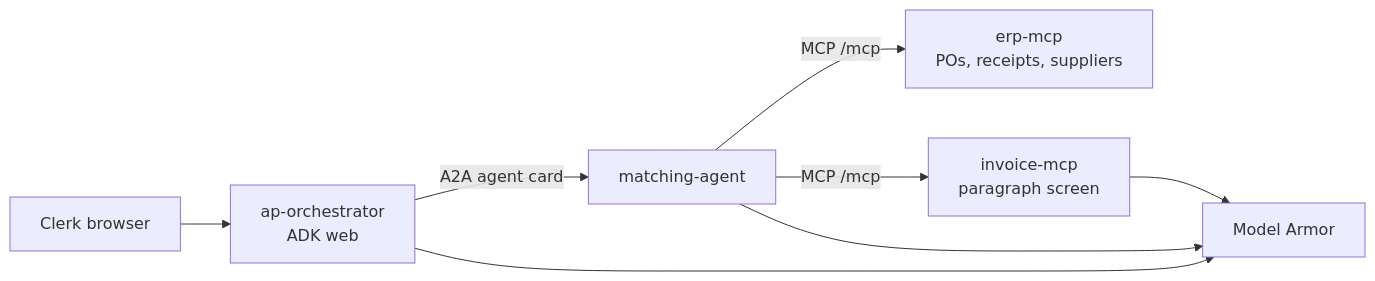
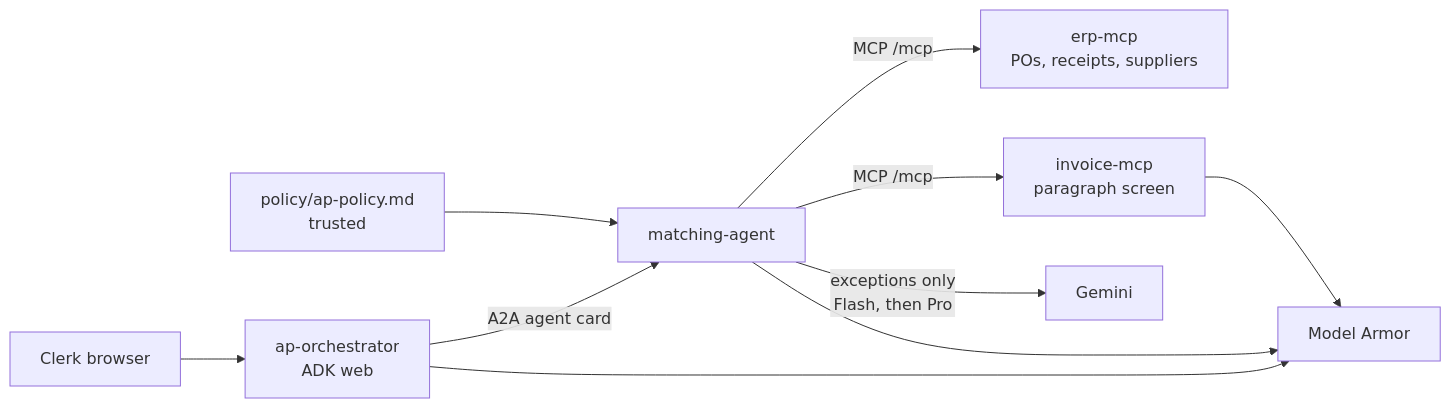
The diagram in README.md (Jefferson-Li/LedgerGuard), drawn with Mermaid before and after one commit. The commit also changed other lines of this file and 34 other files, not shown here.

````diff
--- a/README.md
+++ b/README.md
@@ -45,10 +48,12 @@
 ```mermaid
 flowchart LR
   clerk["Clerk browser"] --> orch["ap-orchestrator<br/>ADK web"]
   orch -->|"A2A agent card"| match["matching-agent"]
+  policy["policy/ap-policy.md<br/>trusted"] --> match
   match -->|"MCP /mcp"| erp["erp-mcp<br/>POs, receipts, suppliers"]
   match -->|"MCP /mcp"| inv["invoice-mcp<br/>paragraph screen"]
+  match -->|"exceptions only<br/>Flash, then Pro"| gemini["Gemini"]
   orch --> armor["Model Armor"]
   match --> armor
   inv --> armor
 ```
````
